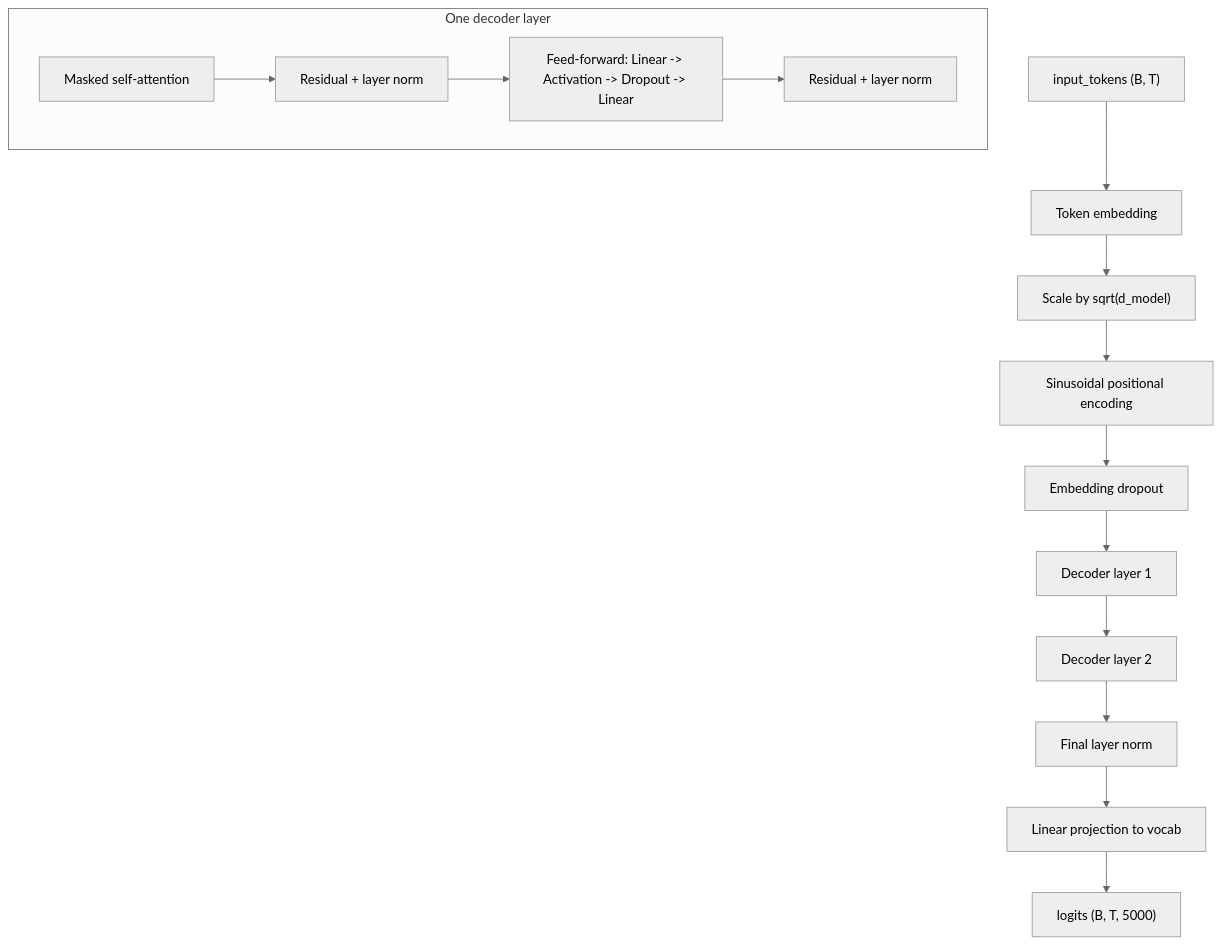
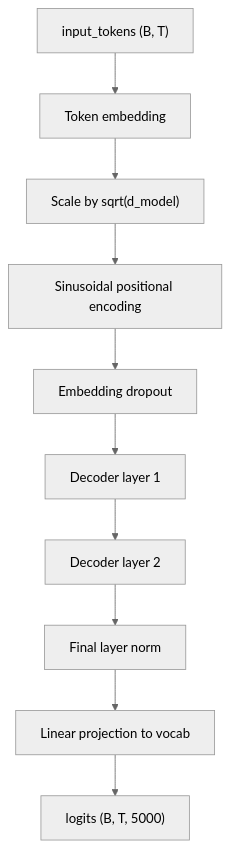
The second of 3 diagrams in docs/decoder_pretrain.md (daniellaah/MIDI2Score), drawn with Mermaid (neutral theme) before and after one commit. The commit also changed other lines of this file and 1 other file, not shown here.

Commit message:
Refine decoder pretraining documentation

````diff
--- a/docs/decoder_pretrain.md
+++ b/docs/decoder_pretrain.md
@@ -71,18 +113,12 @@
 ```mermaid
 flowchart TD
     A["input_tokens (B, T)"] --> B["Token embedding"]
     B --> C["Scale by sqrt(d_model)"]
     C --> D["Sinusoidal positional encoding"]
     D --> E["Embedding dropout"]
     E --> F["Decoder layer 1"]
     F --> G["Decoder layer 2"]
     G --> H["Final layer norm"]
     H --> I["Linear projection to vocab"]
     I --> J["logits (B, T, 5000)"]
-
-    subgraph L1["One decoder layer"]
-        K["Masked self-attention"] --> L["Residual + layer norm"]
-        L --> M["Feed-forward: Linear -> Activation -> Dropout -> Linear"]
-        M --> N["Residual + layer norm"]
-    end
 ```
````
